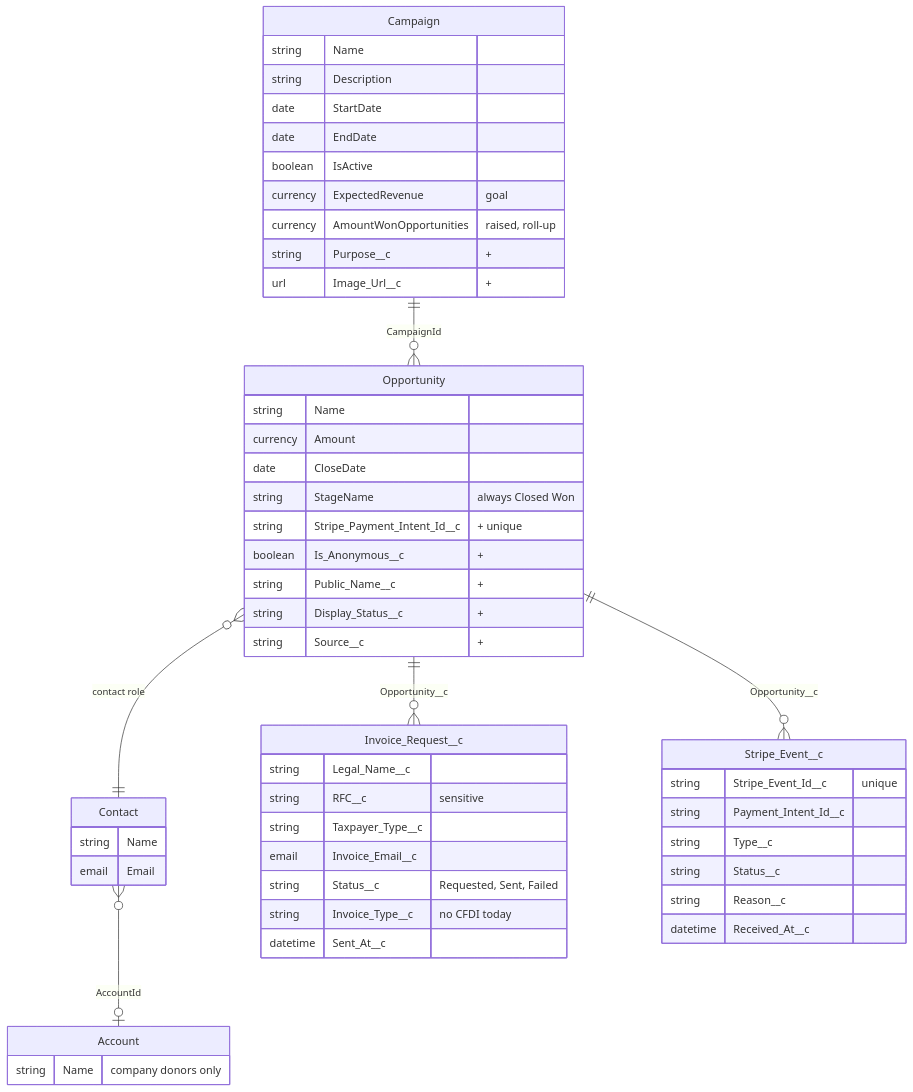
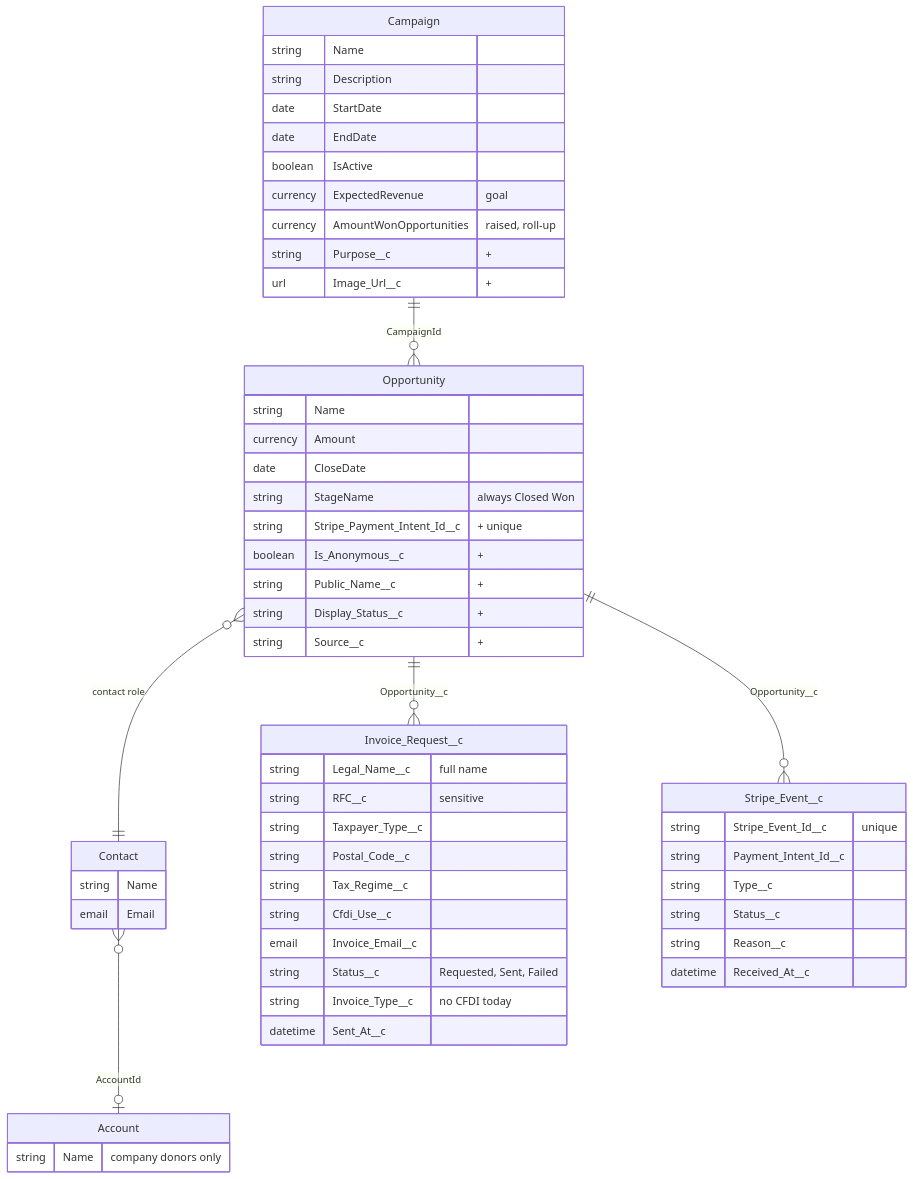
One commit to hjanssena/Salesforce-Donations changed the second of 2 diagrams in docs/requirements/architecture/solution-architecture.md. Above: the diagram before and after it, drawn with Mermaid. The commit also changed other lines of this file and 5 other files, not shown here.

````diff
--- a/docs/requirements/architecture/solution-architecture.md
+++ b/docs/requirements/architecture/solution-architecture.md
@@ -102,55 +102,58 @@
 ```mermaid
 erDiagram
   Campaign ||--o{ Opportunity : "CampaignId"
   Opportunity }o--|| Contact : "contact role"
   Contact }o--o| Account : "AccountId"
   Opportunity ||--o{ Invoice_Request__c : "Opportunity__c"
   Opportunity ||--o{ Stripe_Event__c : "Opportunity__c"
 
   Campaign {
     string Name
     string Description
     date StartDate
     date EndDate
     boolean IsActive
     currency ExpectedRevenue "goal"
     currency AmountWonOpportunities "raised, roll-up"
     string Purpose__c "+"
     url Image_Url__c "+"
   }
   Opportunity {
     string Name
     currency Amount
     date CloseDate
     string StageName "always Closed Won"
     string Stripe_Payment_Intent_Id__c "+ unique"
     boolean Is_Anonymous__c "+"
     string Public_Name__c "+"
     string Display_Status__c "+"
     string Source__c "+"
   }
   Contact {
     string Name
     email Email
   }
   Account {
     string Name "company donors only"
   }
   Invoice_Request__c {
-    string Legal_Name__c
+    string Legal_Name__c "full name"
     string RFC__c "sensitive"
     string Taxpayer_Type__c
+    string Postal_Code__c
+    string Tax_Regime__c
+    string Cfdi_Use__c
     email Invoice_Email__c
     string Status__c "Requested, Sent, Failed"
     string Invoice_Type__c "no CFDI today"
     datetime Sent_At__c
   }
   Stripe_Event__c {
     string Stripe_Event_Id__c "unique"
     string Payment_Intent_Id__c
     string Type__c
     string Status__c
     string Reason__c
     datetime Received_At__c
   }
 ```
````
